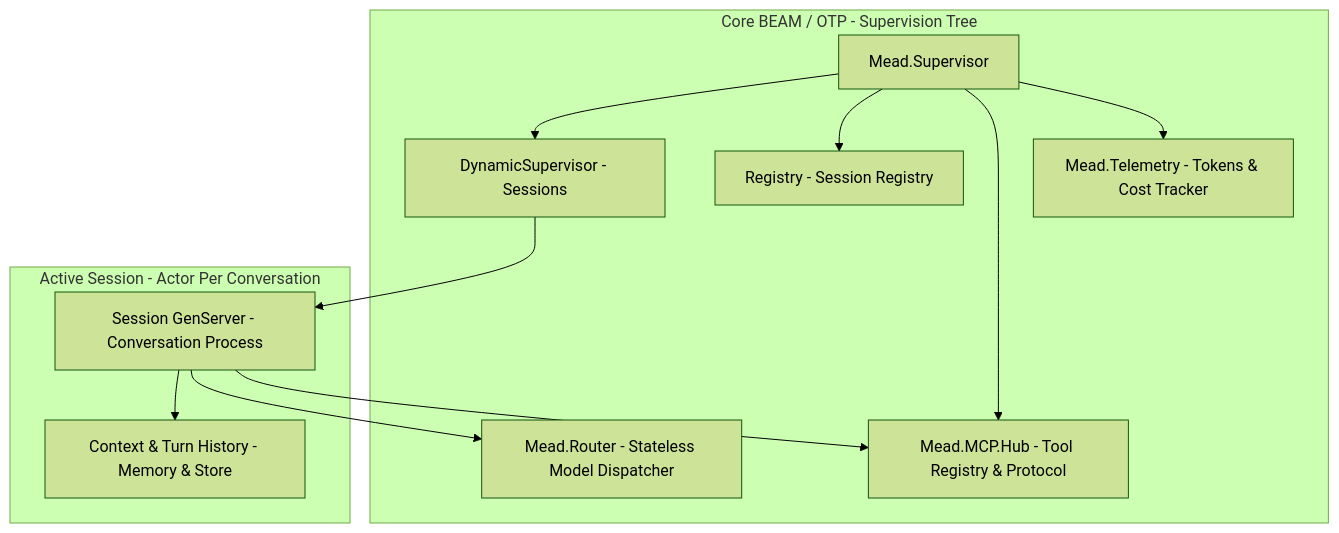
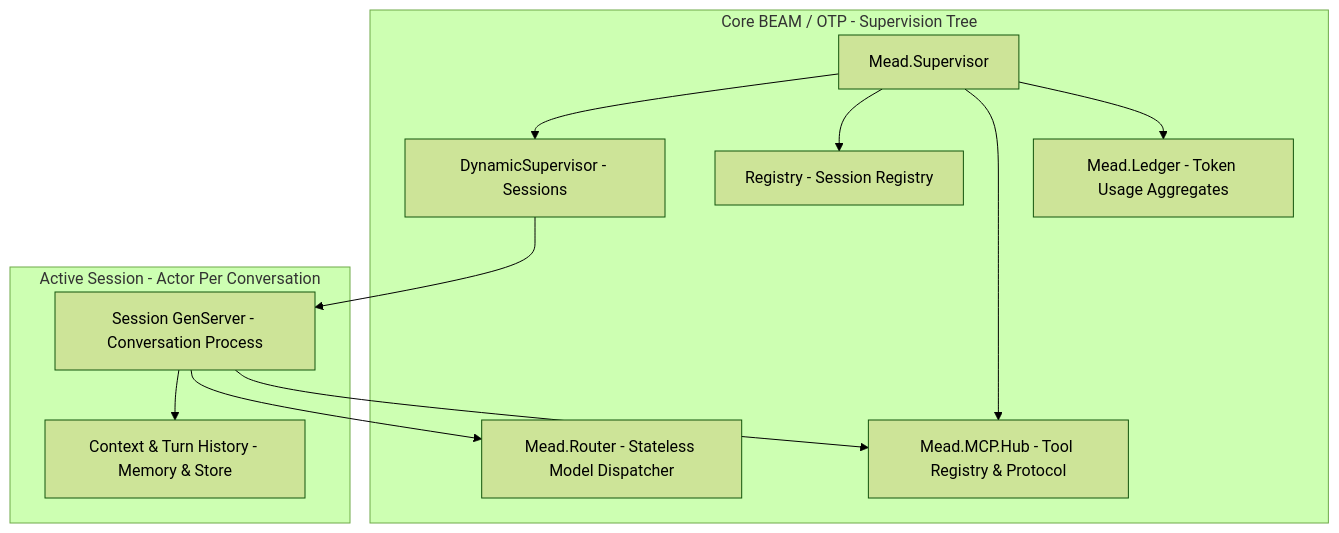
One commit to albertosca/mead changed the first of 2 diagrams in docs/ARCHITECTURE.md. Above: the diagram before and after it, drawn with Mermaid (forest theme). The commit also changed other lines of this file and 6 other files, not shown here.

````diff
--- a/docs/ARCHITECTURE.md
+++ b/docs/ARCHITECTURE.md
@@ -10,26 +10,26 @@
 ```mermaid
 graph TD
     subgraph core_otp ["Core BEAM / OTP - Supervision Tree"]
         RootSup["Mead.Supervisor"]
         SessionSup["DynamicSupervisor - Sessions"]
         Registry["Registry - Session Registry"]
         RouterEngine["Mead.Router - Stateless Model Dispatcher"]
         MCPHub["Mead.MCP.Hub - Tool Registry & Protocol"]
-        Metrics["Mead.Telemetry - Tokens & Cost Tracker"]
+        Metrics["Mead.Ledger - Token Usage Aggregates"]
     end
 
     RootSup --> SessionSup
     RootSup --> Registry
     RootSup --> MCPHub
     RootSup --> Metrics
 
     subgraph active_session ["Active Session - Actor Per Conversation"]
         SessionProc["Session GenServer - Conversation Process"]
         ContextBuffer["Context & Turn History - Memory & Store"]
     end
 
     SessionSup --> SessionProc
     SessionProc --> ContextBuffer
     SessionProc --> RouterEngine
     SessionProc --> MCPHub
 ```
````
